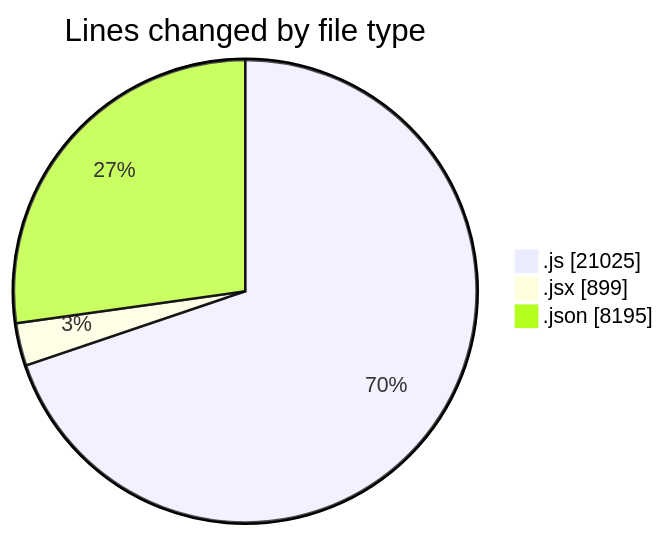
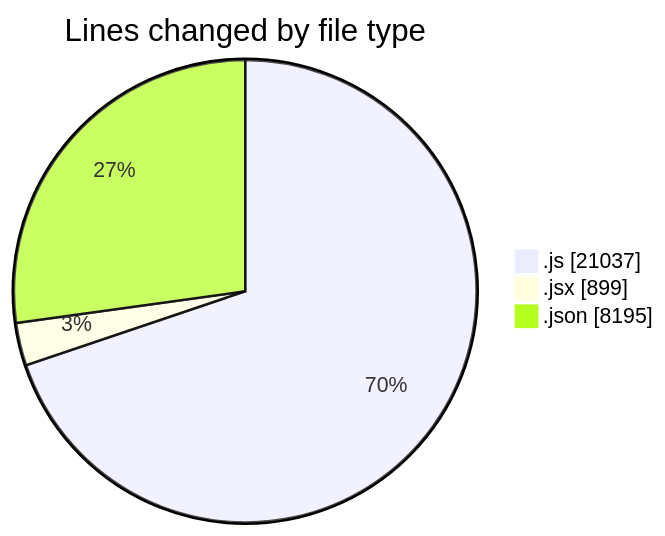
The first of 2 diagrams in 2025-12-09/nxtqube_webapp/README.md (nxtqubesakshisongat/code-tracking), drawn with Mermaid before and after one commit. The commit also changed other lines of this file and 1 other file, not shown here.

````diff
--- a/2025-12-09/nxtqube_webapp/README.md
+++ b/2025-12-09/nxtqube_webapp/README.md
@@ -25,7 +25,7 @@
 ```mermaid
 pie showData
 title Lines changed by file type
-".js" : 21025
+".js" : 21037
 ".jsx" : 899
 ".json" : 8195
 ```
````
